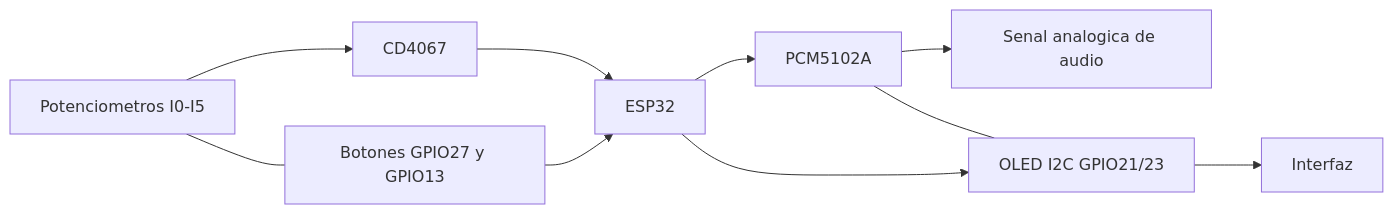
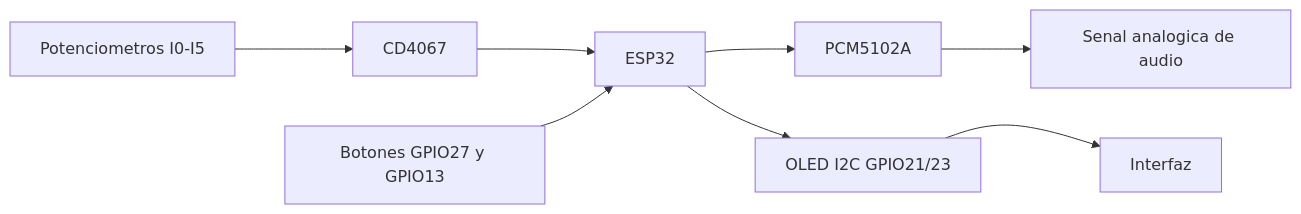
The first of 2 diagrams in README.md (pablex99/Synth), drawn with Mermaid before and after one commit. The commit also changed other lines of this file, not shown here.

Commit message:
Refine README diagram alignment and physical control layout (#11)

````diff
--- a/README.md
+++ b/README.md
@@ -20,14 +20,16 @@
 ```mermaid
 flowchart LR
   POTS[Potenciometros I0-I5] --> MUX[CD4067]
   MUX --> ESP[ESP32]
   ESP --> DAC[PCM5102A]
   DAC --> AUDIO[Senal analogica de audio]
 
   BTN[Botones GPIO27 y GPIO13] --> ESP
-  POTS --- BTN
+  ESP --> OLED[OLED I2C GPIO21/23]
+  OLED --> UI[Interfaz]
 
-  ESP --> OLED[OLED I2C GPIO21/23]
-  DAC --- OLED
-  OLED --> UI[Interfaz]
+	BTN --- OLED
+	OLED --- UI
+	linkStyle 7 stroke:transparent,stroke-width:0px
+	linkStyle 8 stroke:transparent,stroke-width:0px
 ```
````
